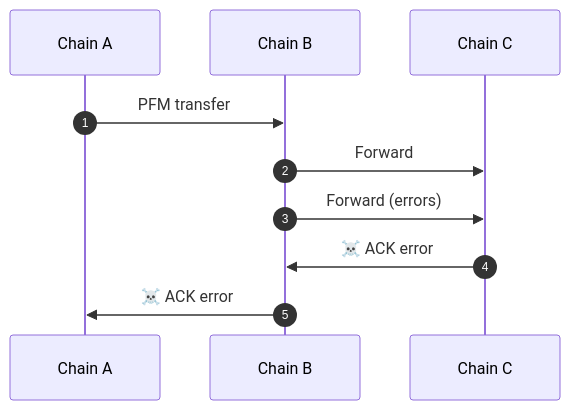
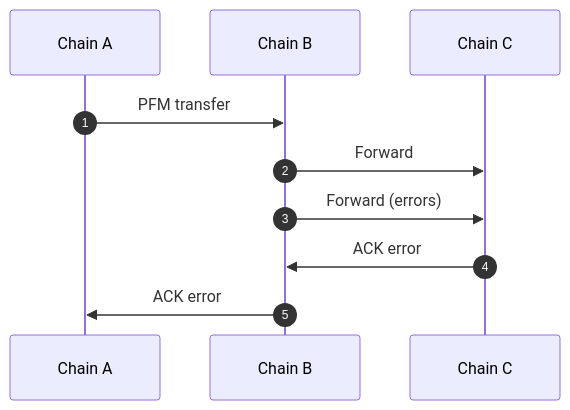
One commit to cosmos/docs changed the second of 3 diagrams in docs/ibc/next/middleware/packet-forward-middleware/example-usage.mdx. Above: the diagram before and after it, drawn with Mermaid. The commit also changed other lines of this file and 116 other files, not shown here.

````diff
--- a/docs/ibc/next/middleware/packet-forward-middleware/example-usage.mdx
+++ b/docs/ibc/next/middleware/packet-forward-middleware/example-usage.mdx
@@ -41,9 +41,9 @@
 ```mermaid
 sequenceDiagram
     autonumber
     Chain A ->> Chain B: PFM transfer
     Chain B ->> Chain C: Forward
     Chain B ->> Chain C: Forward (errors)
-    Chain C ->> Chain B: ☠️ ACK error
-    Chain B ->> Chain A: ☠️ ACK error
+    Chain C ->> Chain B:  ACK error
+    Chain B ->> Chain A:  ACK error
 ```
````
